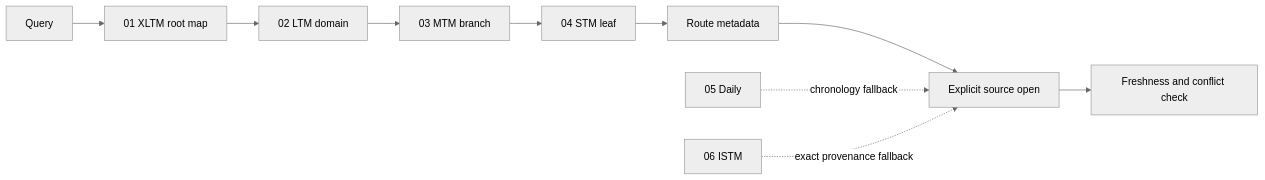
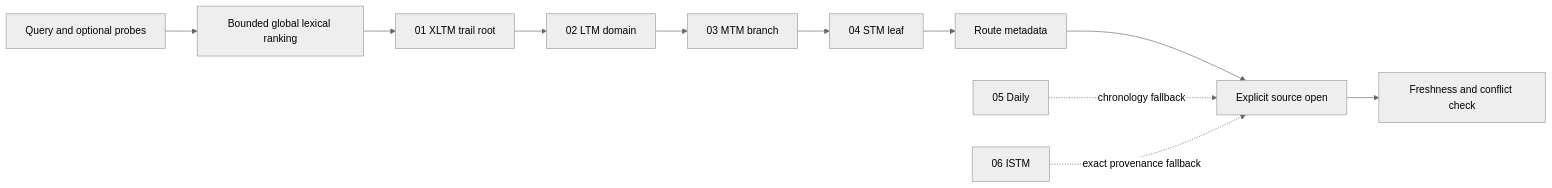
Before and after one commit to hyungchulc/memory-forest: the second of 3 diagrams in docs/architecture.md, drawn with Mermaid (neutral theme). The commit also changed other lines of this file and 35 other files, not shown here.

````diff
--- a/docs/architecture.md
+++ b/docs/architecture.md
@@ -23,7 +23,8 @@
 ```mermaid
 flowchart LR
-    Q["Query"] --> X["01 XLTM root map"] --> L["02 LTM domain"] --> M["03 MTM branch"] --> S["04 STM leaf"]
+    Q["Query and optional probes"] --> F["Bounded global lexical ranking"]
+    F --> X["01 XLTM trail root"] --> L["02 LTM domain"] --> M["03 MTM branch"] --> S["04 STM leaf"]
     S --> R["Route metadata"] --> O["Explicit source open"] --> V["Freshness and conflict check"]
     D["05 Daily"] -. chronology fallback .-> O
     I["06 ISTM"] -. exact provenance fallback .-> O
 ```
````
